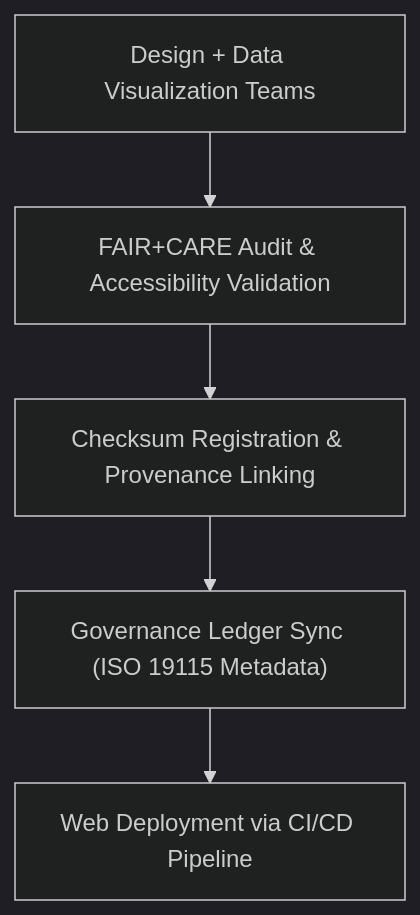
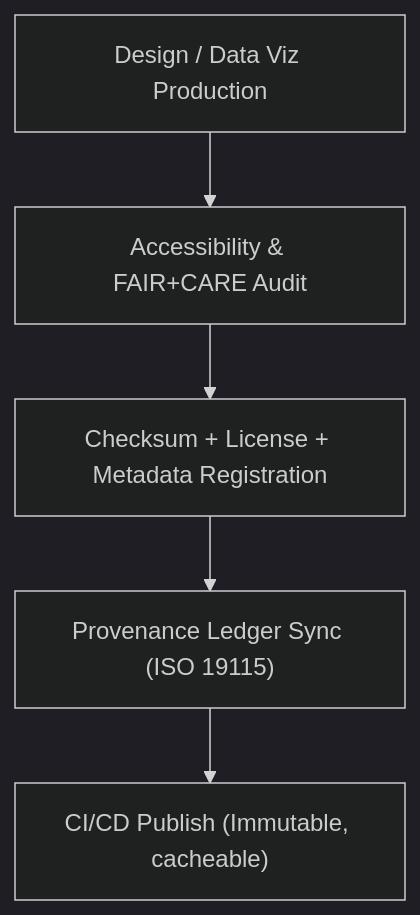
The diagram in web/public/README.md (bartytime4life/Kansas-Frontier-Matrix), drawn with Mermaid (dark theme) before and after one commit. The commit also changed other lines of this file, not shown here.

````diff
--- a/web/public/README.md
+++ b/web/public/README.md
@@ -71,7 +64,7 @@
 ```mermaid
 flowchart TD
-    A["Design + Data Visualization Teams"] --> B["FAIR+CARE Audit & Accessibility Validation"]
-    B --> C["Checksum Registration & Provenance Linking"]
-    C --> D["Governance Ledger Sync (ISO 19115 Metadata)"]
-    D --> E["Web Deployment via CI/CD Pipeline"]
+A["Design / Data Viz Production"] --> B["Accessibility & FAIR+CARE Audit"]
+B --> C["Checksum + License + Metadata Registration"]
+C --> D["Provenance Ledger Sync (ISO 19115)"]
+D --> E["CI/CD Publish (Immutable, cacheable)"]
 ```
````
